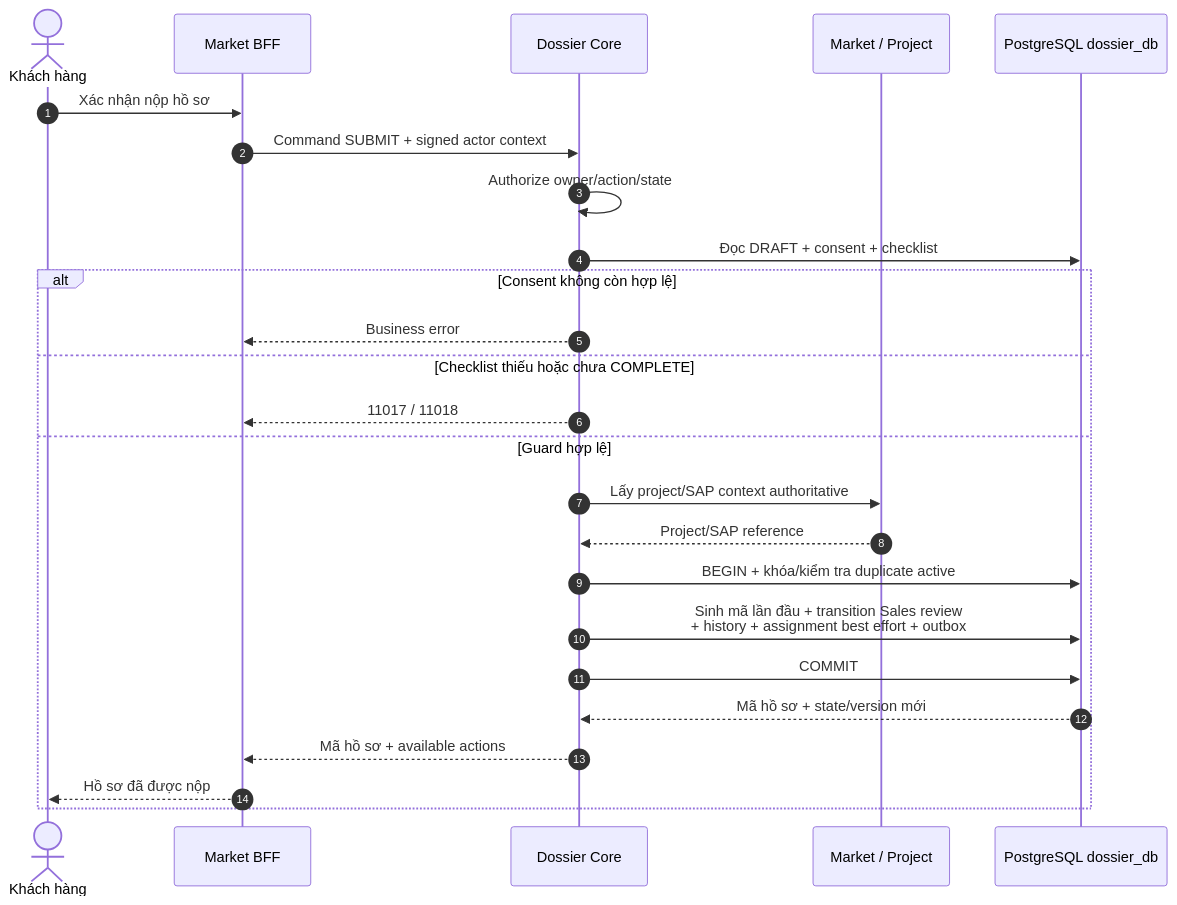
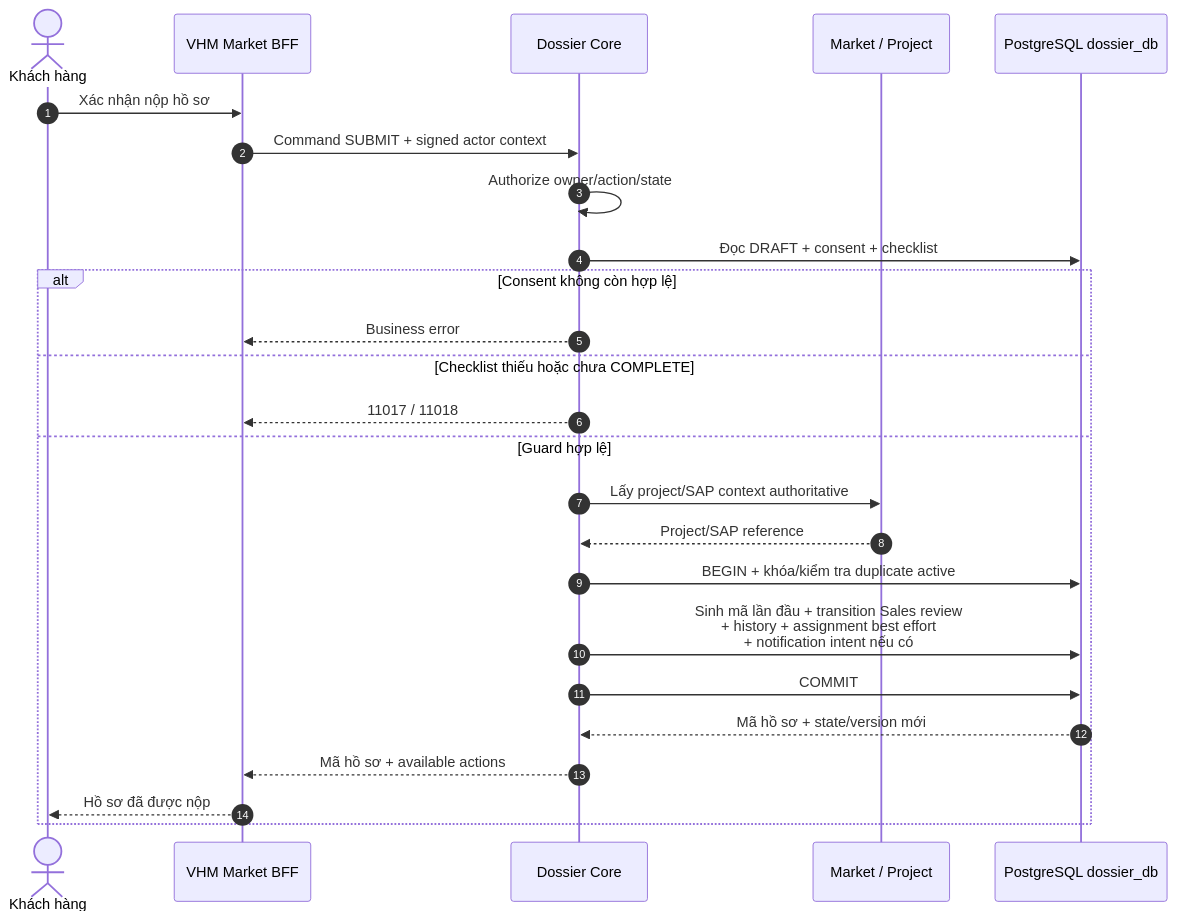
One commit to huynv-xyz/vhm changed diagram 13 of 17 in tdd-dossier.md. Above: the diagram before and after it, drawn with Mermaid. The commit also changed other lines of this file, not shown here.

````diff
--- a/tdd-dossier.md
+++ b/tdd-dossier.md
@@ -1324,28 +1486,28 @@
 ```mermaid
 sequenceDiagram
     autonumber
     actor User as Khách hàng
-    participant BFF as Market BFF
+    participant BFF as VHM Market BFF
     participant Core as Dossier Core
     participant Project as Market / Project
     participant DB as PostgreSQL dossier_db
 
     User->>BFF: Xác nhận nộp hồ sơ
     BFF->>Core: Command SUBMIT + signed actor context
     Core->>Core: Authorize owner/action/state
     Core->>DB: Đọc DRAFT + consent + checklist
     alt Consent không còn hợp lệ
         Core-->>BFF: Business error
     else Checklist thiếu hoặc chưa COMPLETE
         Core-->>BFF: 11017 / 11018
     else Guard hợp lệ
         Core->>Project: Lấy project/SAP context authoritative
         Project-->>Core: Project/SAP reference
         Core->>DB: BEGIN + khóa/kiểm tra duplicate active
-        Core->>DB: Sinh mã lần đầu + transition Sales review<br/>+ history + assignment best effort + outbox
+        Core->>DB: Sinh mã lần đầu + transition Sales review<br/>+ history + assignment best effort<br/>+ notification intent nếu có
         Core->>DB: COMMIT
         DB-->>Core: Mã hồ sơ + state/version mới
         Core-->>BFF: Mã hồ sơ + available actions
         BFF-->>User: Hồ sơ đã được nộp
     end
 ```
````
